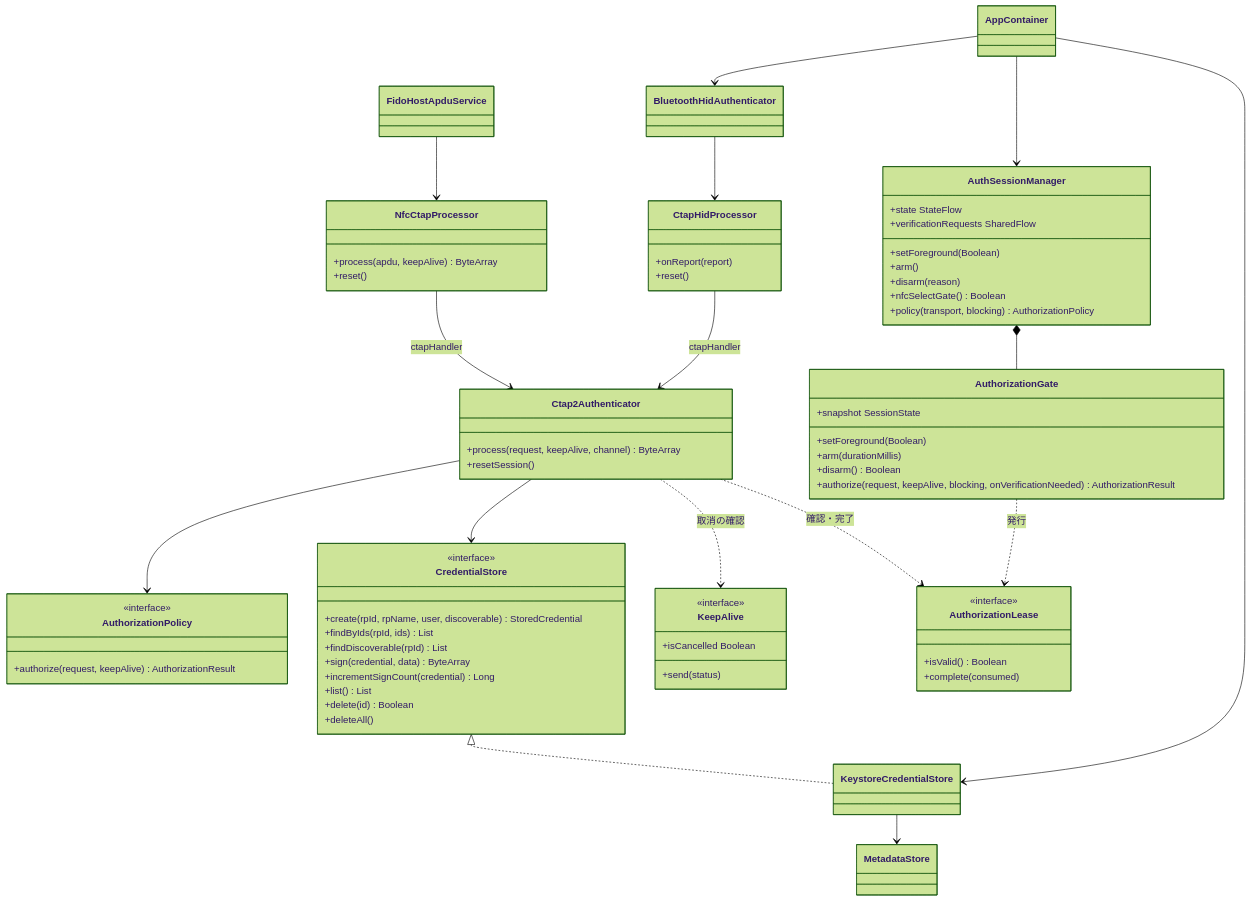
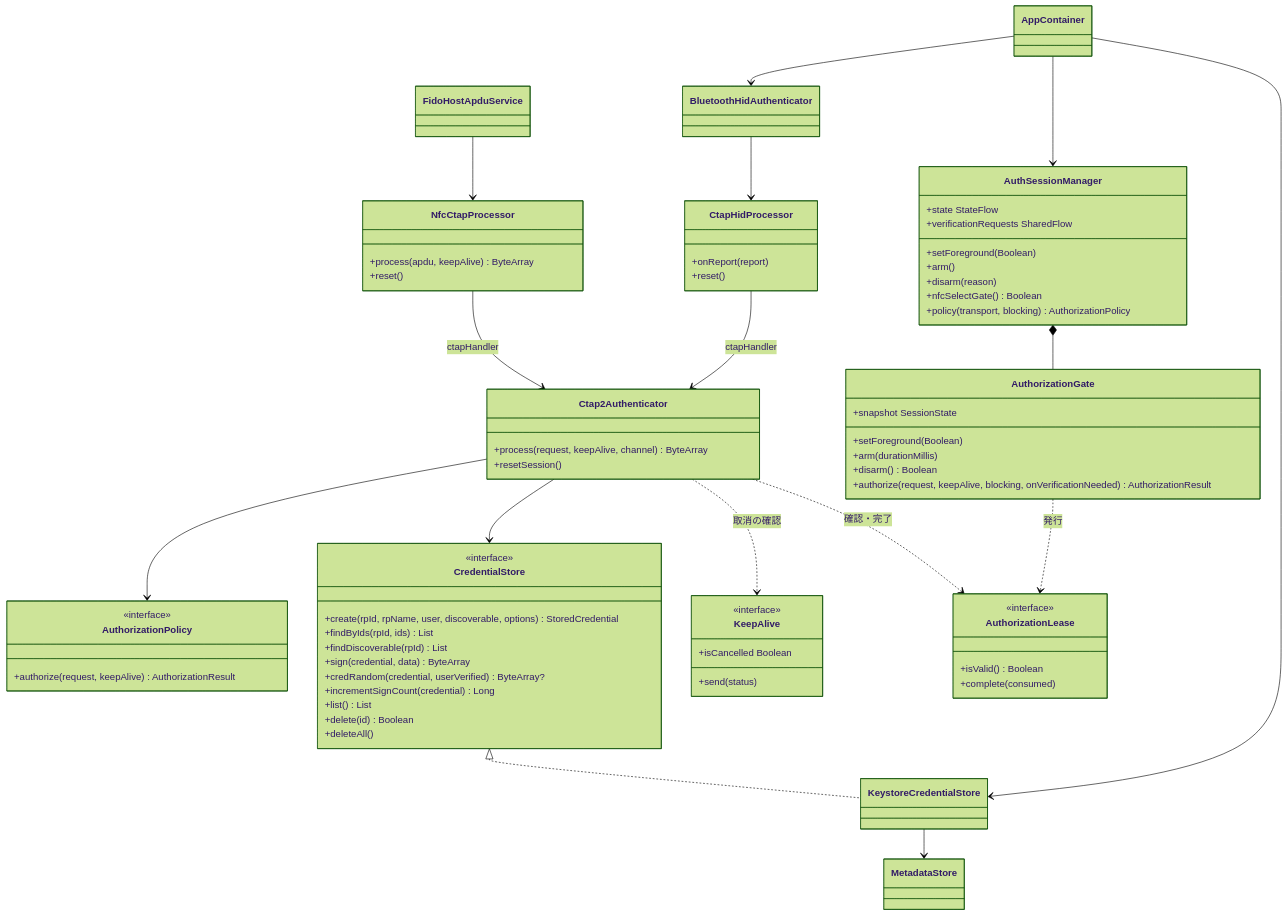
Before and after one commit to tecogonaz0439/TCAndroidKey: the first of 2 diagrams in docs/design/detail/04_modules.md, drawn with Mermaid (forest theme). The commit also changed other lines of this file and 33 other files, not shown here.

````diff
--- a/docs/design/detail/04_modules.md
+++ b/docs/design/detail/04_modules.md
@@ -16,77 +17,78 @@
 ```mermaid
 classDiagram
     class Ctap2Authenticator {
         +process(request, keepAlive, channel) ByteArray
         +resetSession()
     }
     class CredentialStore {
         <<interface>>
-        +create(rpId, rpName, user, discoverable) StoredCredential
+        +create(rpId, rpName, user, discoverable, options) StoredCredential
         +findByIds(rpId, ids) List
         +findDiscoverable(rpId) List
         +sign(credential, data) ByteArray
+        +credRandom(credential, userVerified) ByteArray?
         +incrementSignCount(credential) Long
         +list() List
         +delete(id) Boolean
         +deleteAll()
     }
     class AuthorizationPolicy {
         <<interface>>
         +authorize(request, keepAlive) AuthorizationResult
     }
     class AuthorizationLease {
         <<interface>>
         +isValid() Boolean
         +complete(consumed)
     }
     class KeepAlive {
         <<interface>>
         +send(status)
         +isCancelled Boolean
     }
     class AuthorizationGate {
         +snapshot SessionState
         +setForeground(Boolean)
         +arm(durationMillis)
         +disarm() Boolean
         +authorize(request, keepAlive, blocking, onVerificationNeeded) AuthorizationResult
     }
     class NfcCtapProcessor {
         +process(apdu, keepAlive) ByteArray
         +reset()
     }
     class CtapHidProcessor {
         +onReport(report)
         +reset()
     }
     class KeystoreCredentialStore
     class MetadataStore
     class AuthSessionManager {
         +state StateFlow
         +verificationRequests SharedFlow
         +setForeground(Boolean)
         +arm()
         +disarm(reason)
         +nfcSelectGate() Boolean
         +policy(transport, blocking) AuthorizationPolicy
     }
     class FidoHostApduService
     class BluetoothHidAuthenticator
     class AppContainer
 
     CredentialStore <|.. KeystoreCredentialStore
     AuthSessionManager *-- AuthorizationGate
     AuthorizationGate ..> AuthorizationLease : 発行
     Ctap2Authenticator ..> AuthorizationLease : 確認・完了
     Ctap2Authenticator ..> KeepAlive : 取消の確認
     KeystoreCredentialStore --> MetadataStore
     Ctap2Authenticator --> CredentialStore
     Ctap2Authenticator --> AuthorizationPolicy
     NfcCtapProcessor --> Ctap2Authenticator : ctapHandler
     CtapHidProcessor --> Ctap2Authenticator : ctapHandler
     FidoHostApduService --> NfcCtapProcessor
     BluetoothHidAuthenticator --> CtapHidProcessor
     AppContainer --> KeystoreCredentialStore
     AppContainer --> AuthSessionManager
     AppContainer --> BluetoothHidAuthenticator
 ```
````
